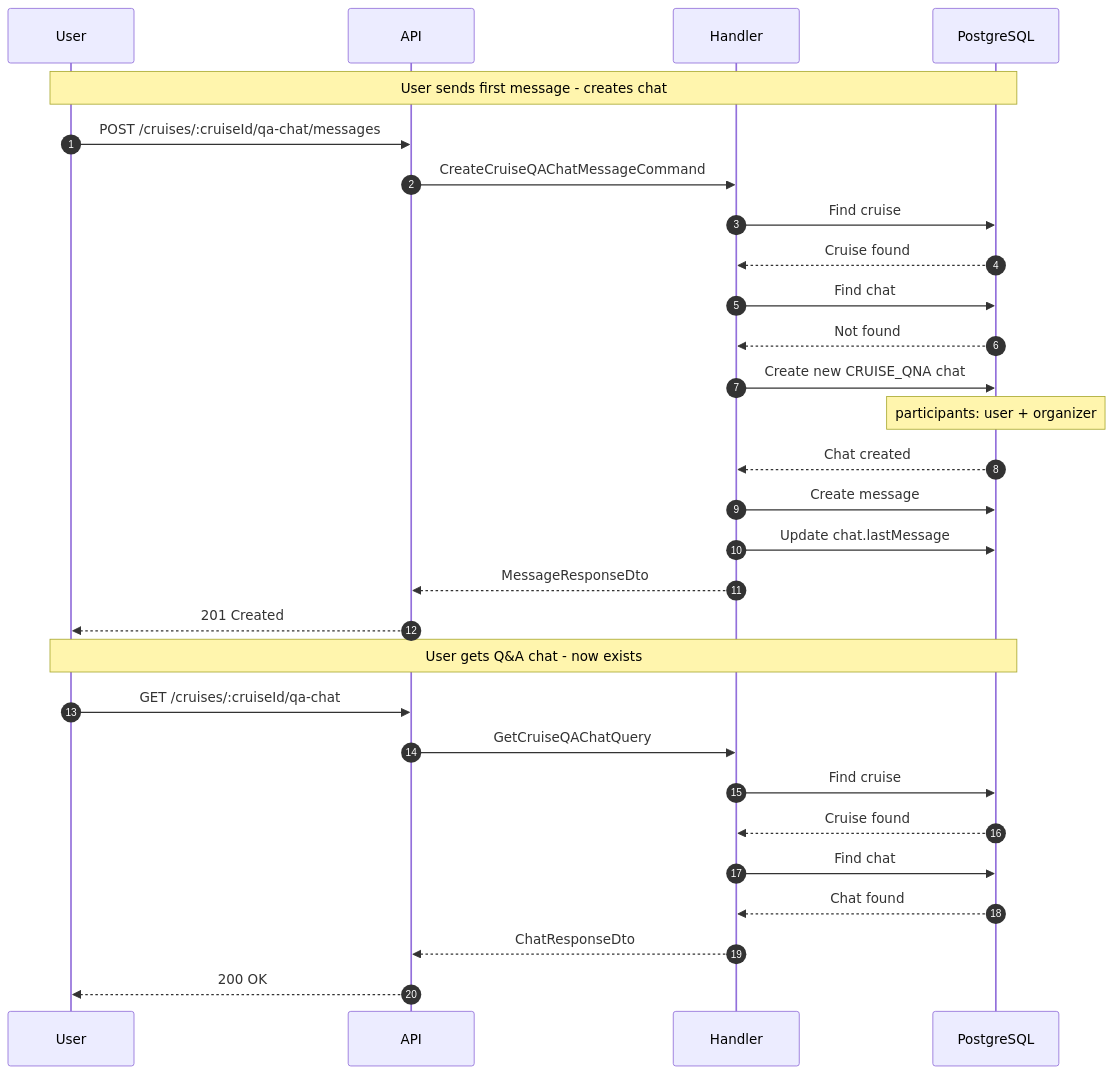
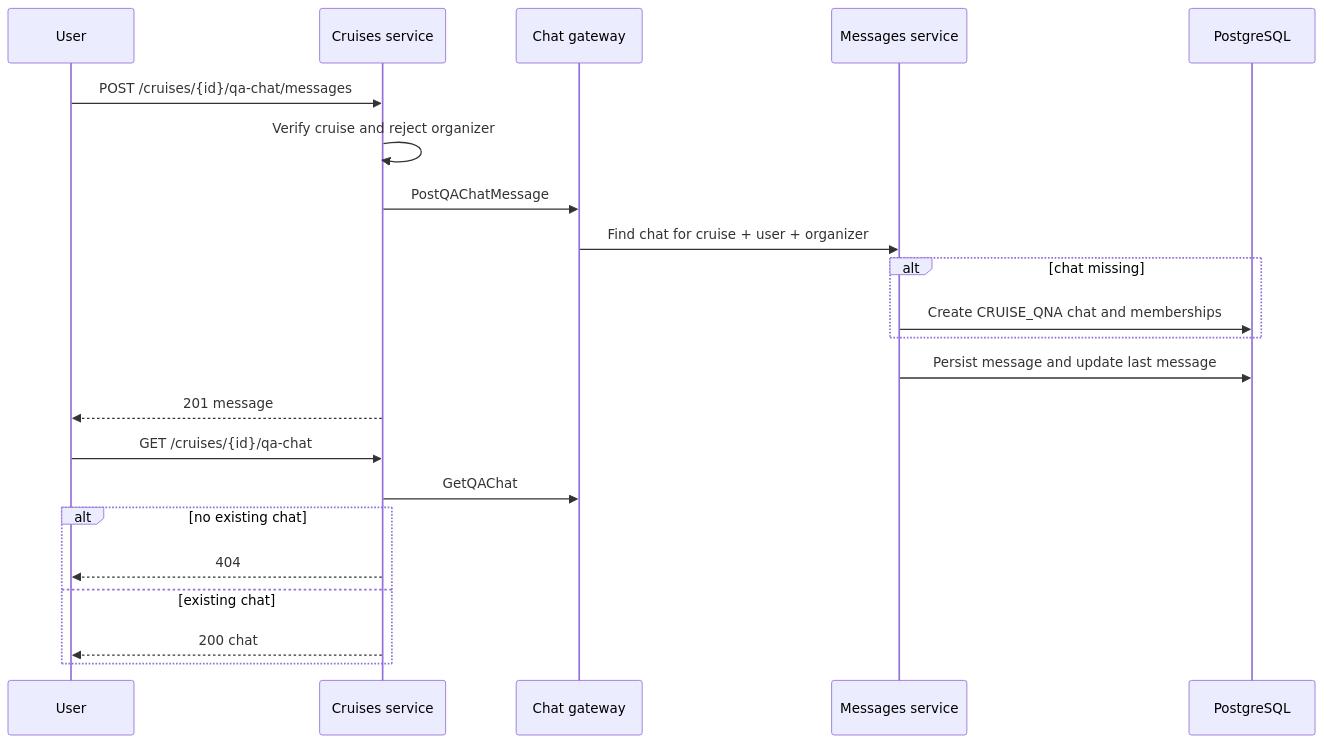
One commit to kardasz/skipper-club-android changed the second of 2 diagrams in docs/api/reference/flows/cruise-chat-flows.md. Above: the diagram before and after it, drawn with Mermaid. The commit also changed other lines of this file and 40 other files, not shown here.

````diff
--- a/docs/api/reference/flows/cruise-chat-flows.md
+++ b/docs/api/reference/flows/cruise-chat-flows.md
@@ -153,33 +53,26 @@
 ```mermaid
 sequenceDiagram
-    autonumber
-    participant User as User
-    participant API as API
-    participant Handler as Handler
+    participant User
+    participant Cruises as Cruises service
+    participant Gateway as Chat gateway
+    participant Messages as Messages service
     participant PG as PostgreSQL
 
-    Note over User,PG: User sends first message - creates chat
-    User->>API: POST /cruises/:cruiseId/qa-chat/messages
-    API->>Handler: CreateCruiseQAChatMessageCommand
-    Handler->>PG: Find cruise
-    PG-->>Handler: Cruise found
-    Handler->>PG: Find chat
-    PG-->>Handler: Not found
-    Handler->>PG: Create new CRUISE_QNA chat
-    Note over PG: participants: user + organizer
-    PG-->>Handler: Chat created
-    Handler->>PG: Create message
-    Handler->>PG: Update chat.lastMessage
-    Handler-->>API: MessageResponseDto
-    API-->>User: 201 Created
+    User->>Cruises: POST /cruises/{id}/qa-chat/messages
+    Cruises->>Cruises: Verify cruise and reject organizer
+    Cruises->>Gateway: PostQAChatMessage
+    Gateway->>Messages: Find chat for cruise + user + organizer
+    alt chat missing
+        Messages->>PG: Create CRUISE_QNA chat and memberships
+    end
+    Messages->>PG: Persist message and update last message
+    Cruises-->>User: 201 message
 
-    Note over User,PG: User gets Q&A chat - now exists
-    User->>API: GET /cruises/:cruiseId/qa-chat
-    API->>Handler: GetCruiseQAChatQuery
-    Handler->>PG: Find cruise
-    PG-->>Handler: Cruise found
-    Handler->>PG: Find chat
-    PG-->>Handler: Chat found
-    Handler-->>API: ChatResponseDto
-    API-->>User: 200 OK
+    User->>Cruises: GET /cruises/{id}/qa-chat
+    Cruises->>Gateway: GetQAChat
+    alt no existing chat
+        Cruises-->>User: 404
+    else existing chat
+        Cruises-->>User: 200 chat
+    end
 ```
````
